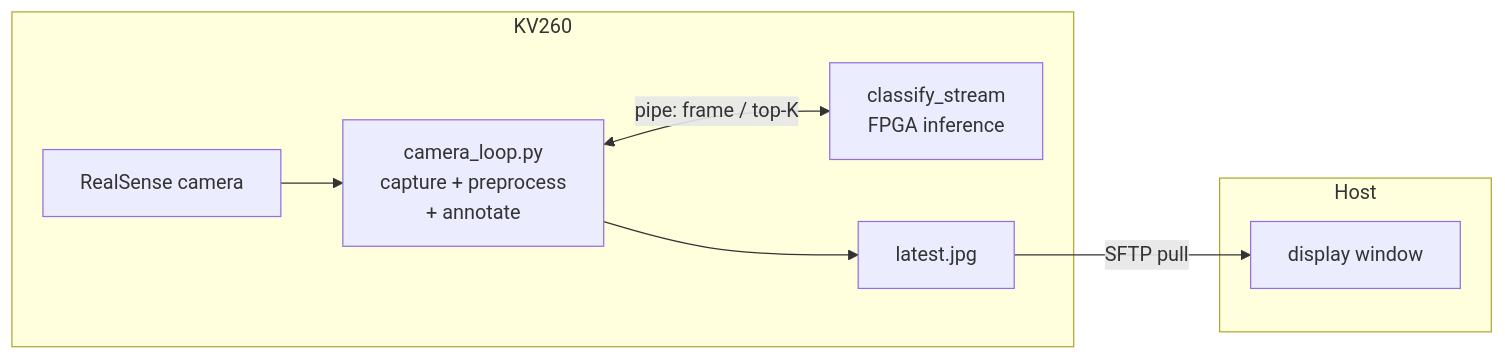
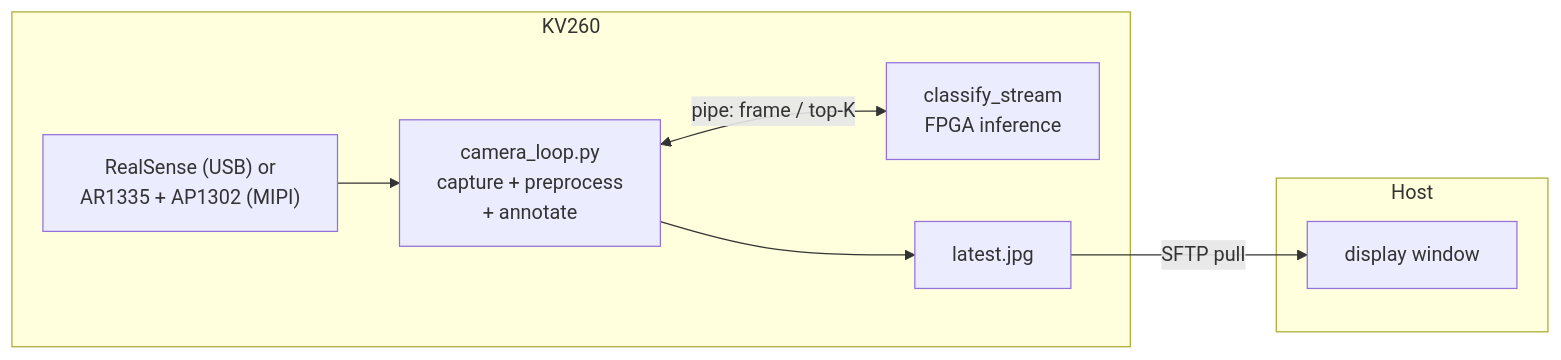
The diagram in demo/camera/README.md (phoenix367/cormorant), drawn with Mermaid before and after one commit. The commit also changed other lines of this file and 39 other files, not shown here.

````diff
--- a/demo/camera/README.md
+++ b/demo/camera/README.md
@@ -21,11 +23,11 @@
 ```mermaid
 flowchart LR
     subgraph KV260
-      Cam["RealSense camera"] --> Loop["camera_loop.py<br/>capture + preprocess<br/>+ annotate"]
+      Cam["RealSense (USB) or<br/>AR1335 + AP1302 (MIPI)"] --> Loop["camera_loop.py<br/>capture + preprocess<br/>+ annotate"]
       Loop <-->|"pipe: frame / top-K"| CS["classify_stream<br/>FPGA inference"]
       Loop --> JPG["latest.jpg"]
     end
     subgraph Host
       JPG -->|"SFTP pull"| Disp["display window"]
     end
 ```
````
